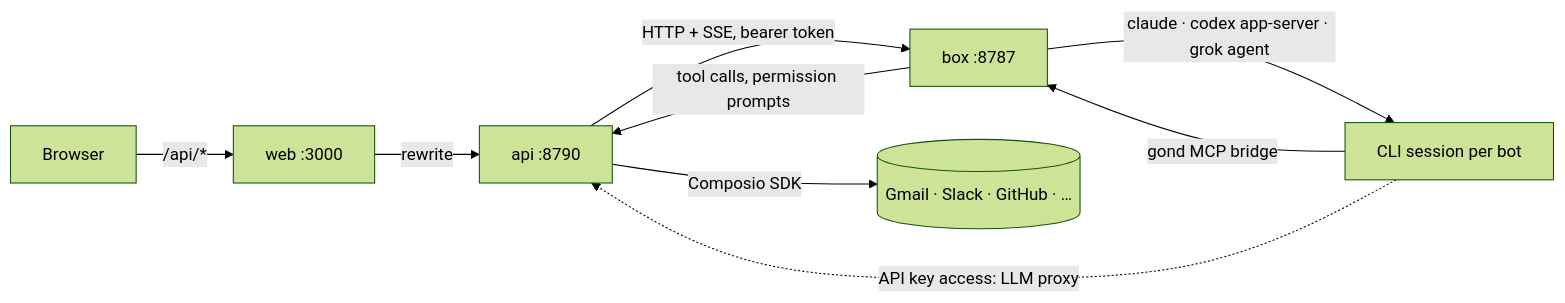
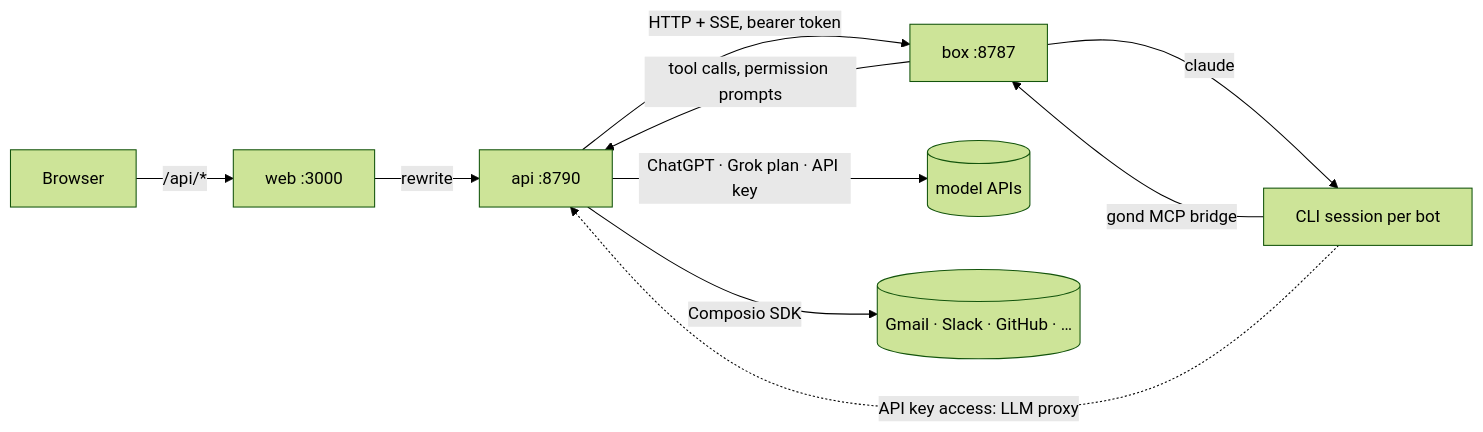
The diagram in README.md (dawsja/gond), drawn with Mermaid (forest theme) before and after one commit. The commit also changed other lines of this file and 46 other files, not shown here.

First line of the commit message:
Run Grok on a plan sign-in and drop the Codex and Grok CLIs

````diff
--- a/README.md
+++ b/README.md
@@ -86,11 +87,12 @@
 ```mermaid
 flowchart LR
     B[Browser] -- "/api/*" --> W[web :3000]
     W -- rewrite --> A[api :8790]
     A -- "HTTP + SSE, bearer token" --> X[box :8787]
-    X -- "claude · codex app-server · grok agent" --> C[CLI session per bot]
+    X -- "claude" --> C[CLI session per bot]
     C -- "gond MCP bridge" --> X
     X -- "tool calls, permission prompts" --> A
     C -. "API key access: LLM proxy" .-> A
+    A -- "ChatGPT · Grok plan · API key" --> M[(model APIs)]
     A -- "Composio SDK" --> S[(Gmail · Slack · GitHub · …)]
 ```
````
